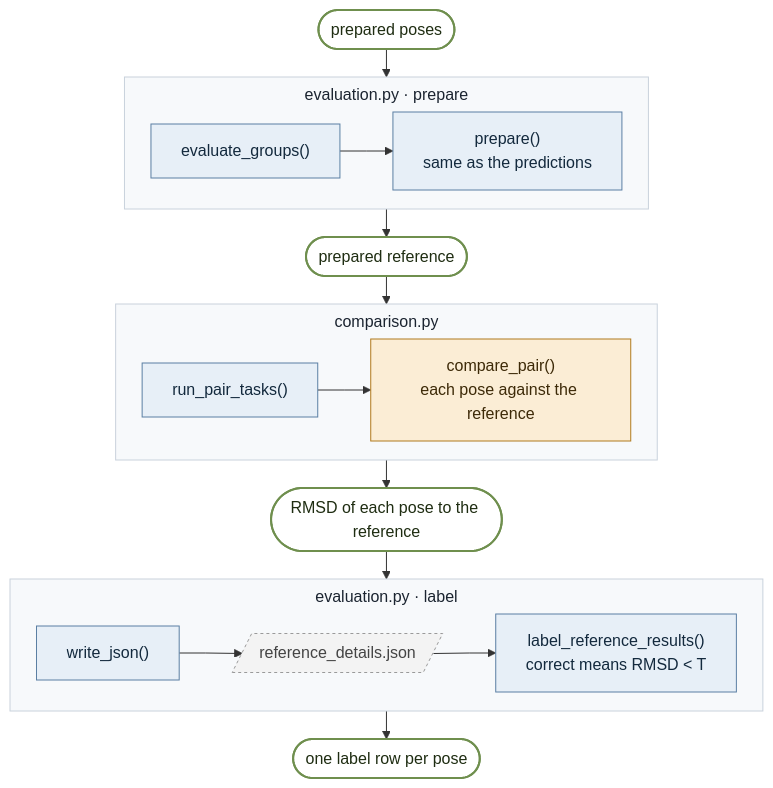
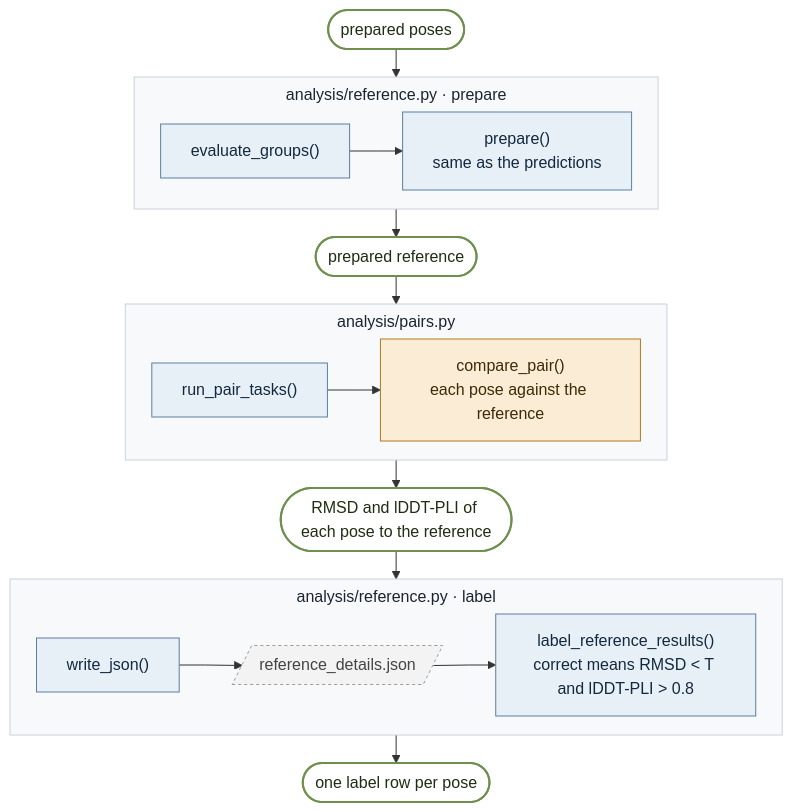
One commit to James-Broster/core-score changed the eighth of 9 diagrams in docs/code-map.md. Above: the diagram before and after it, drawn with Mermaid. The commit also changed other lines of this file and 47 other files, not shown here.

````diff
--- a/docs/code-map.md
+++ b/docs/code-map.md
@@ -348,33 +351,33 @@
 ```mermaid
 %%{init: {"flowchart": {"curve": "linear", "nodeSpacing": 18, "rankSpacing": 28, "subGraphTitleMargin": {"top": 6, "bottom": 10}}}}%%
 flowchart TB
     classDef fn fill:#e7eff7,stroke:#5b7fa3,color:#13293d
     classDef ost fill:#fbedd5,stroke:#b07a1e,color:#3d2a08
     classDef data fill:#ffffff,stroke:#6f8f4e,color:#1f2d12,stroke-width:2px
     classDef file fill:#f3f3f3,stroke:#9a9a9a,color:#444,stroke-dasharray:3 3
     classDef stage fill:#f7f9fb,stroke:#c9d2dc,color:#1b2430
 
     start(["prepared poses"]):::data
 
-    subgraph E1["evaluation.py · prepare"]
+    subgraph E1["analysis/reference.py · prepare"]
         direction LR
         a1["evaluate_groups()"]:::fn --> a2["prepare()<br/>same as the predictions"]:::fn
     end
     d1(["prepared reference"]):::data
 
-    subgraph E2["comparison.py"]
+    subgraph E2["analysis/pairs.py"]
         direction LR
         b1["run_pair_tasks()"]:::fn --> b2["compare_pair()<br/>each pose against the reference"]:::ost
     end
-    d2(["RMSD of each pose to the reference"]):::data
+    d2(["RMSD and lDDT-PLI of each pose to the reference"]):::data
 
-    subgraph E3["evaluation.py · label"]
+    subgraph E3["analysis/reference.py · label"]
         direction LR
-        c1["write_json()"]:::fn --> c2[/"reference_details.json"/]:::file --> c3["label_reference_results()<br/>correct means RMSD < T"]:::fn
+        c1["write_json()"]:::fn --> c2[/"reference_details.json"/]:::file --> c3["label_reference_results()<br/>correct means RMSD < T and lDDT-PLI > 0.8"]:::fn
     end
     d3(["one label row per pose"]):::data
 
     start --> E1 --> d1 --> E2 --> d2 --> E3 --> d3
 
     class E1,E2,E3 stage
 ```
````
